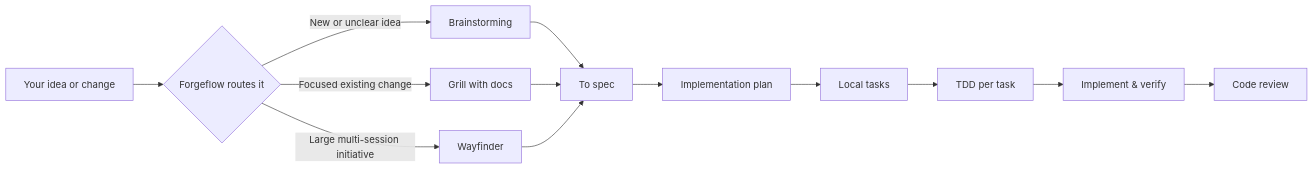
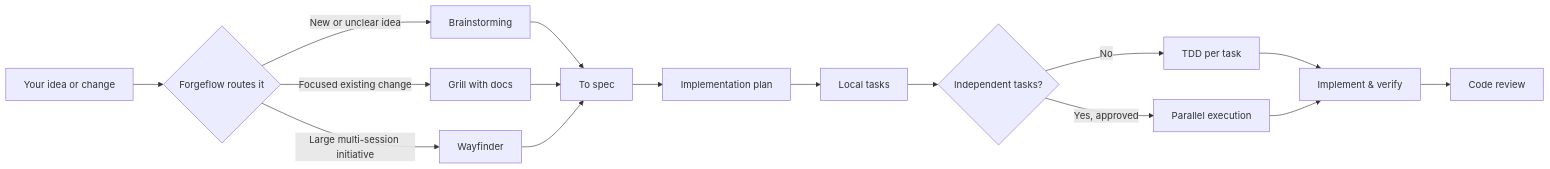
Before and after one commit to DaniManas/ForgeFlow: the diagram in README.md, drawn with Mermaid. The commit also changed other lines of this file and 7 other files, not shown here.

Commit message:
Add optional parallel task execution

````diff
--- a/README.md
+++ b/README.md
@@ -11,15 +11,18 @@
 ```mermaid
 flowchart LR
     A["Your idea or change"] --> B{"Forgeflow routes it"}
     B -->|"New or unclear idea"| C["Brainstorming"]
     B -->|"Focused existing change"| D["Grill with docs"]
     B -->|"Large multi-session initiative"| E["Wayfinder"]
     C --> F["To spec"]
     D --> F
     E --> F
     F --> G["Implementation plan"]
     G --> H["Local tasks"]
-    H --> J["TDD per task"]
-    J --> K["Implement & verify"]
-    K --> I["Code review"]
+    H --> J{"Independent tasks?"}
+    J -->|No| K["TDD per task"]
+    J -->|Yes, approved| L["Parallel execution"]
+    K --> M["Implement & verify"]
+    L --> M
+    M --> I["Code review"]
 ```
````
